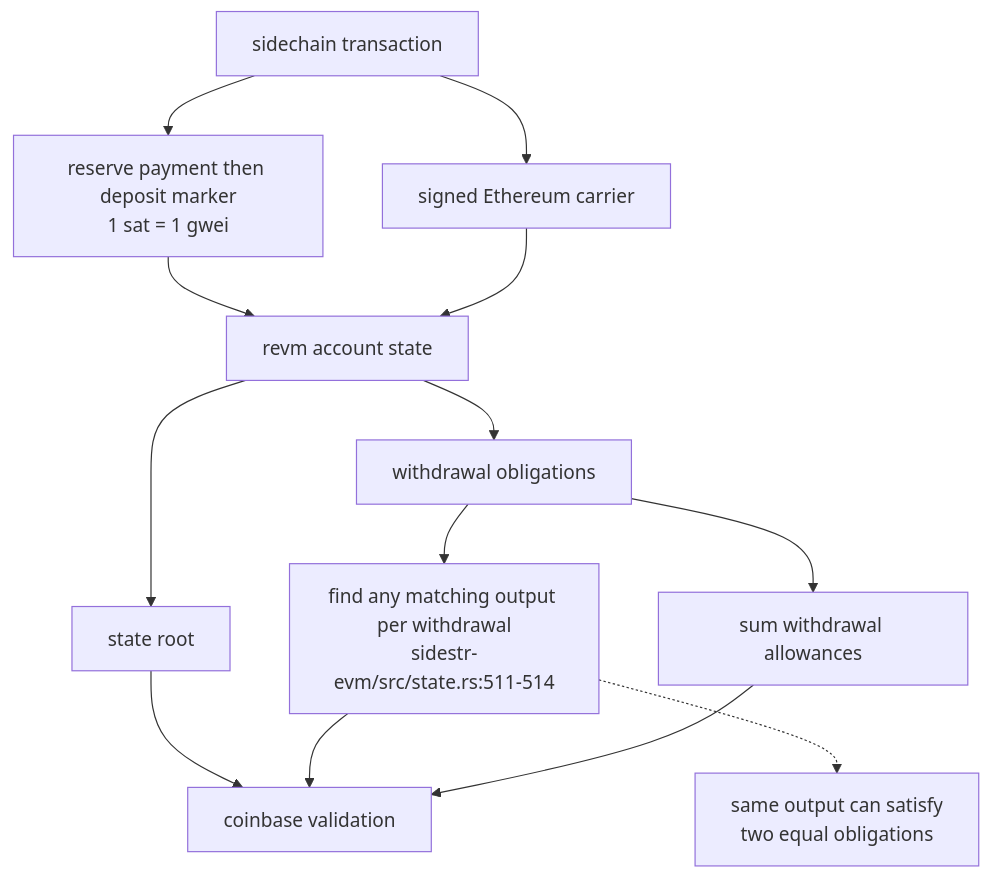
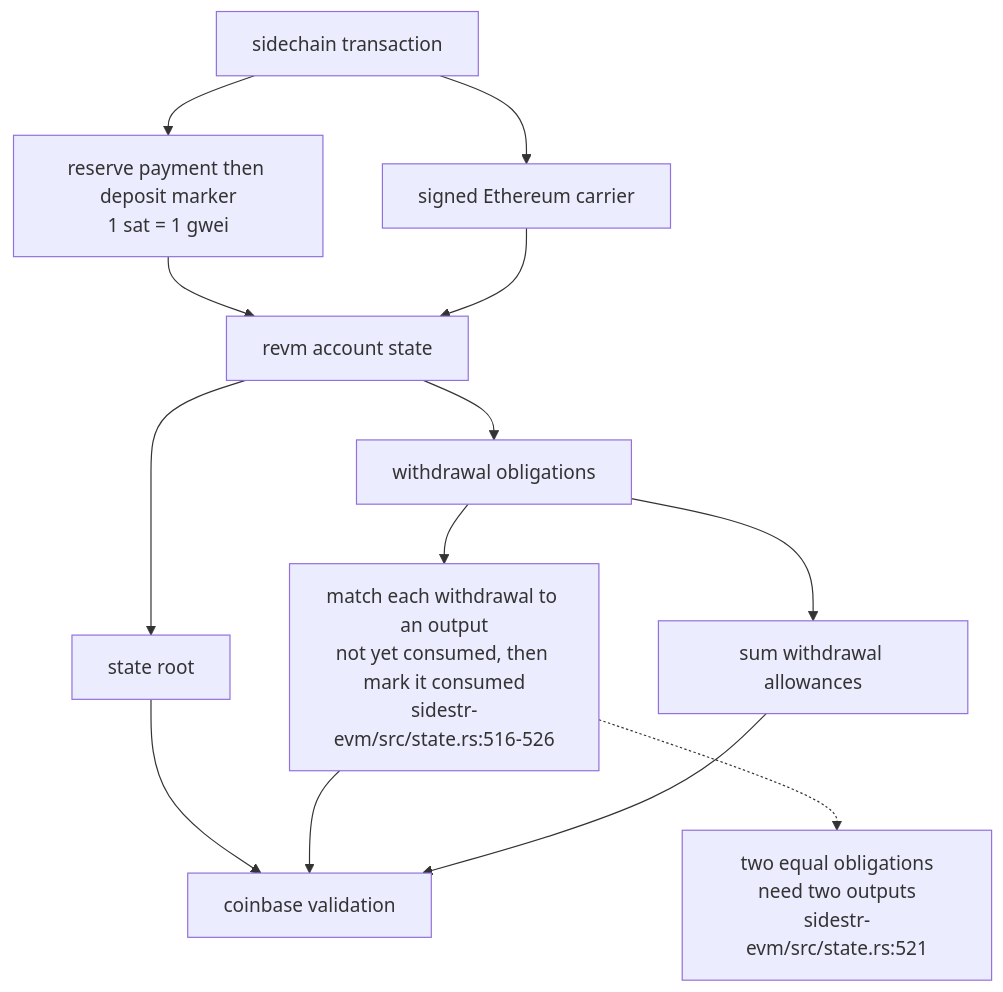
One commit to DreamLab-AI/VisionFlow changed the first of 4 diagrams in docs/diagrams/sidestr-rs/03-evm-overlay-and-retained-state.md. Above: the diagram before and after it, drawn with Mermaid. The commit also changed other lines of this file and 49 other files, not shown here.

First line of the commit message:
docs(diagrams): re-derive and re-stamp VisionClaw, estate, knowledge-graph, visionGraph, VisionFlow and sidestr topics

````diff
--- a/docs/diagrams/sidestr-rs/03-evm-overlay-and-retained-state.md
+++ b/docs/diagrams/sidestr-rs/03-evm-overlay-and-retained-state.md
@@ -35,15 +35,15 @@
 ```mermaid
 flowchart TB
     STX["sidechain transaction"] --> DEP["reserve payment then deposit marker<br/>1 sat = 1 gwei"]
     STX --> CAR["signed Ethereum carrier"]
     DEP --> EVM["revm account state"]
     CAR --> EVM
     EVM --> ROOT["state root"]
     EVM --> W["withdrawal obligations"]
     ROOT --> CB["coinbase validation"]
-    W --> MATCH["find any matching output per withdrawal<br/>sidestr-evm/src/state.rs:511-514"]
+    W --> MATCH["match each withdrawal to an output<br/>not yet consumed, then mark it consumed<br/>sidestr-evm/src/state.rs:516-526"]
     MATCH --> CB
     W --> CAP["sum withdrawal allowances"]
     CAP --> CB
-    MATCH -.-> GAP["same output can satisfy<br/>two equal obligations"]
+    MATCH -.-> MULT["two equal obligations<br/>need two outputs<br/>sidestr-evm/src/state.rs:521"]
 ```
````
